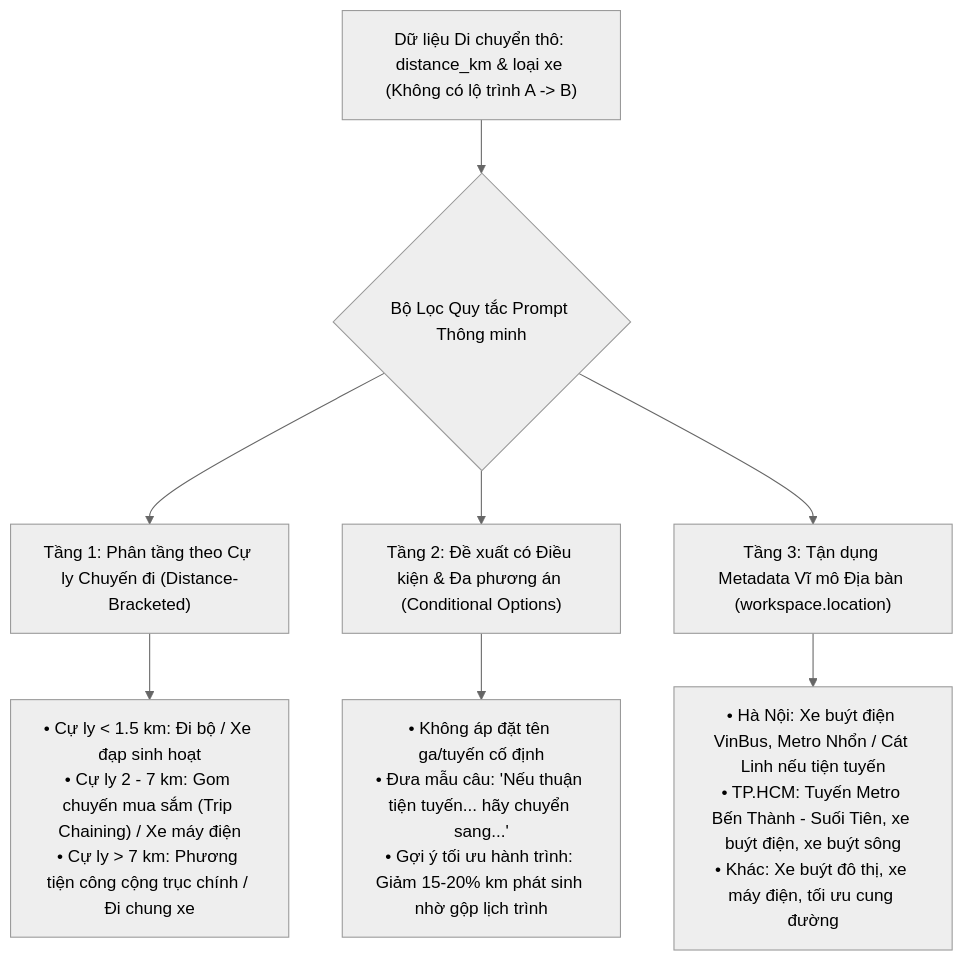
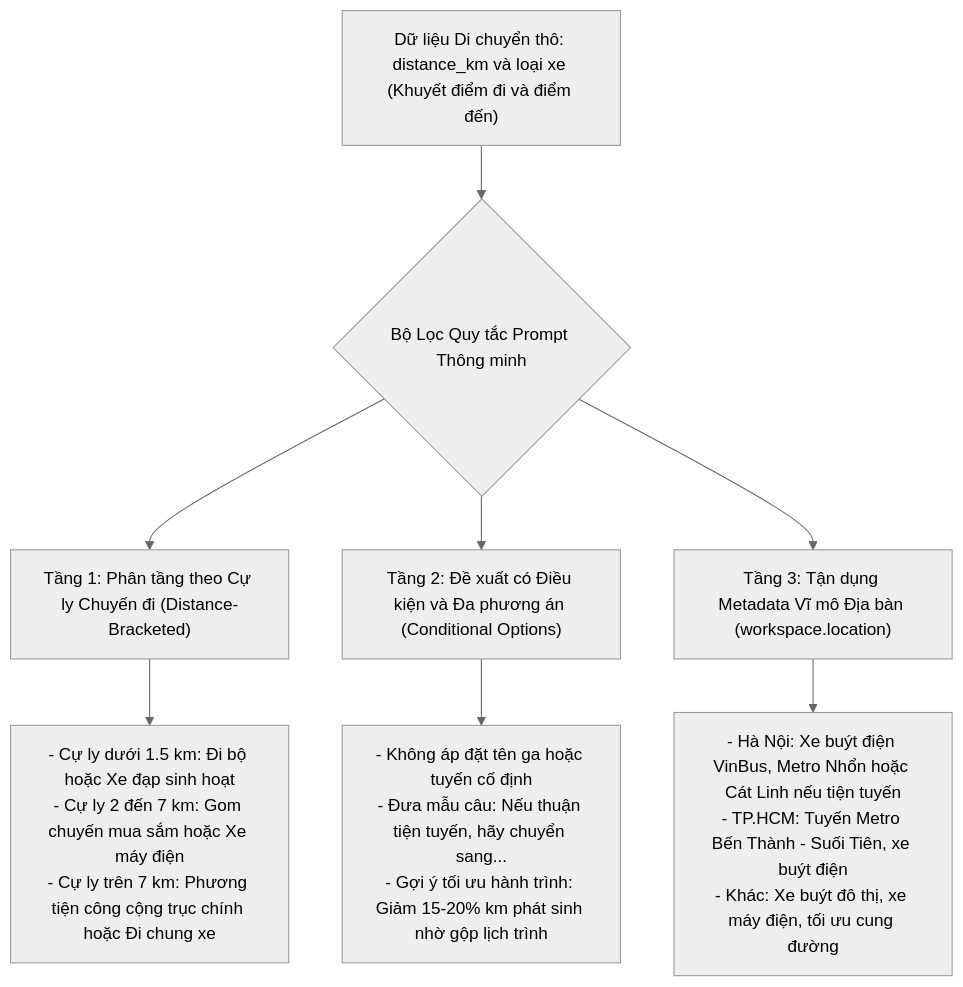
One commit to DatTienNguyenn/PMDC-BATCH4-DATNT250 changed the fourth of 5 diagrams in docs/08-ai-insight-specification.md. Above: the diagram before and after it, drawn with Mermaid (neutral theme). The commit also changed other lines of this file, not shown here.

Commit message:
feat(docs): add activity units translation and fix all mermaid render errors

````diff
--- a/docs/08-ai-insight-specification.md
+++ b/docs/08-ai-insight-specification.md
@@ -362,12 +414,12 @@
 ```mermaid
 flowchart TD
-    RawMobility["Dữ liệu Di chuyển thô: distance_km & loại xe (Không có lộ trình A -> B)"] --> AI_Heuristics{"Bộ Lọc Quy tắc Prompt Thông minh"}
+    RawMobility["Dữ liệu Di chuyển thô: distance_km và loại xe (Khuyết điểm đi và điểm đến)"] --> AI_Heuristics{"Bộ Lọc Quy tắc Prompt Thông minh"}
 
     AI_Heuristics --> TierA["Tầng 1: Phân tầng theo Cự ly Chuyến đi (Distance-Bracketed)"]
-    AI_Heuristics --> TierB["Tầng 2: Đề xuất có Điều kiện & Đa phương án (Conditional Options)"]
+    AI_Heuristics --> TierB["Tầng 2: Đề xuất có Điều kiện và Đa phương án (Conditional Options)"]
     AI_Heuristics --> TierC["Tầng 3: Tận dụng Metadata Vĩ mô Địa bàn (workspace.location)"]
 
-    TierA --> RuleA["• Cự ly < 1.5 km: Đi bộ / Xe đạp sinh hoạt<br/>• Cự ly 2 - 7 km: Gom chuyến mua sắm (Trip Chaining) / Xe máy điện<br/>• Cự ly > 7 km: Phương tiện công cộng trục chính / Đi chung xe"]
-    TierB --> RuleB["• Không áp đặt tên ga/tuyến cố định<br/>• Đưa mẫu câu: 'Nếu thuận tiện tuyến... hãy chuyển sang...'<br/>• Gợi ý tối ưu hành trình: Giảm 15-20% km phát sinh nhờ gộp lịch trình"]
-    TierC --> RuleC["• Hà Nội: Xe buýt điện VinBus, Metro Nhổn / Cát Linh nếu tiện tuyến<br/>• TP.HCM: Tuyến Metro Bến Thành - Suối Tiên, xe buýt điện, xe buýt sông<br/>• Khác: Xe buýt đô thị, xe máy điện, tối ưu cung đường"]
+    TierA --> RuleA["- Cự ly dưới 1.5 km: Đi bộ hoặc Xe đạp sinh hoạt<br/>- Cự ly 2 đến 7 km: Gom chuyến mua sắm hoặc Xe máy điện<br/>- Cự ly trên 7 km: Phương tiện công cộng trục chính hoặc Đi chung xe"]
+    TierB --> RuleB["- Không áp đặt tên ga hoặc tuyến cố định<br/>- Đưa mẫu câu: Nếu thuận tiện tuyến, hãy chuyển sang...<br/>- Gợi ý tối ưu hành trình: Giảm 15-20% km phát sinh nhờ gộp lịch trình"]
+    TierC --> RuleC["- Hà Nội: Xe buýt điện VinBus, Metro Nhổn hoặc Cát Linh nếu tiện tuyến<br/>- TP.HCM: Tuyến Metro Bến Thành - Suối Tiên, xe buýt điện<br/>- Khác: Xe buýt đô thị, xe máy điện, tối ưu cung đường"]
 ```
````
